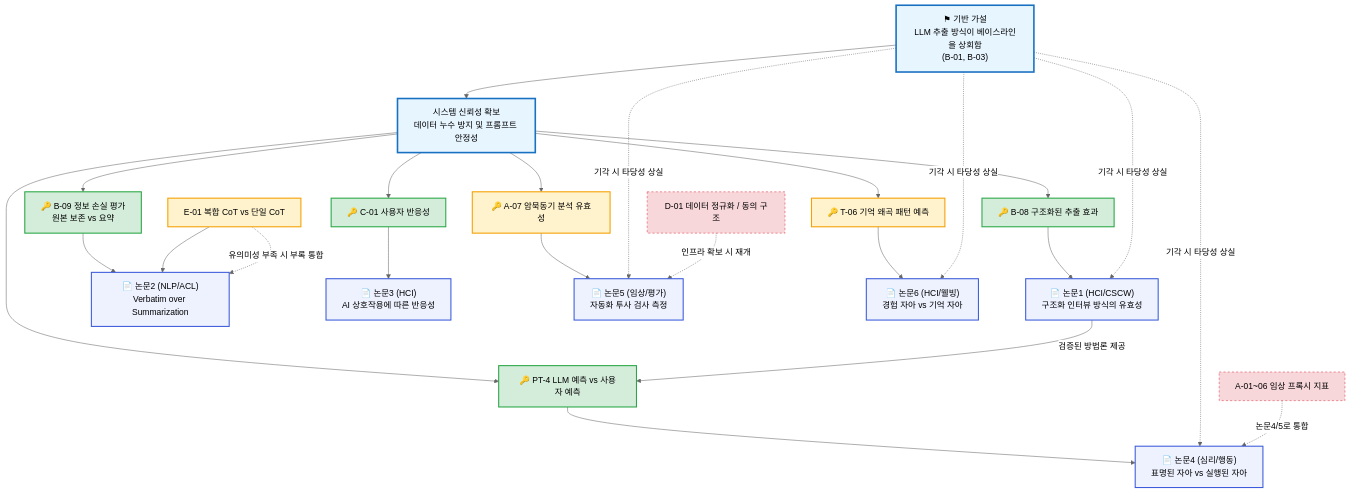
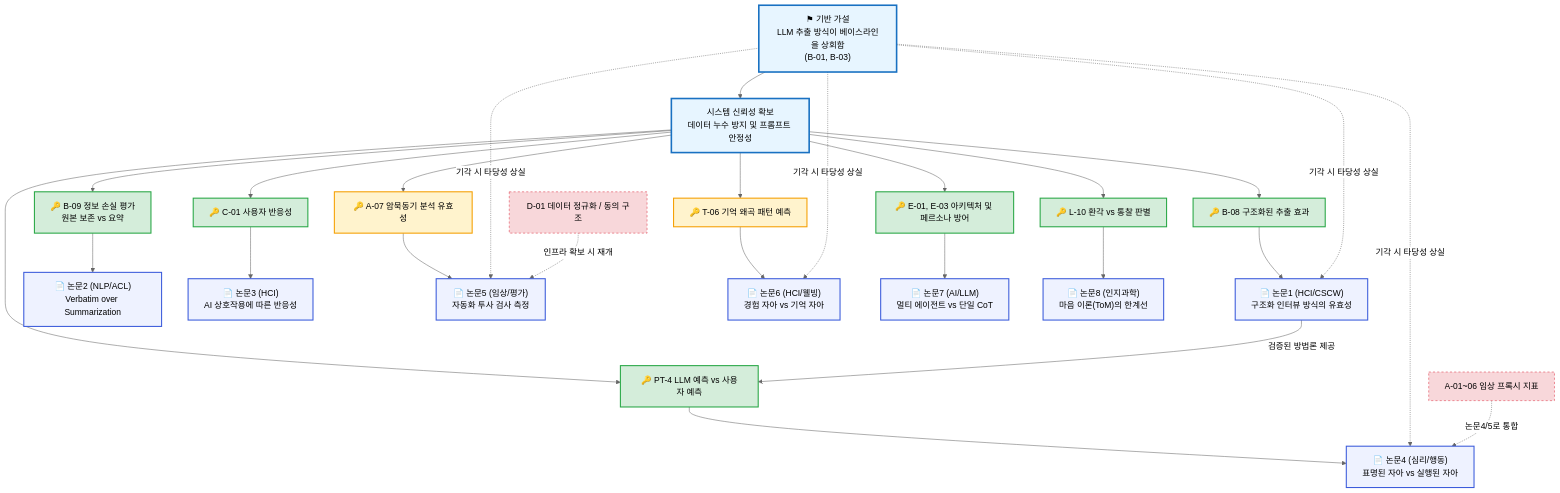
Before and after one commit to YiTanJang/extracting-the-human-mind: the diagram in 논문 전략.md, drawn with Mermaid (neutral theme). The commit also changed other lines of this file, not shown here.

````diff
--- a/논문 전략.md
+++ b/논문 전략.md
@@ -27,39 +27,41 @@
 ```mermaid
 graph TD
     classDef paper fill:#eef2ff,stroke:#3b5bdb,stroke-width:2px;
     classDef key fill:#d4edda,stroke:#28a745,stroke-width:2px;
     classDef risky fill:#fff3cd,stroke:#f59f00,stroke-width:2px;
     classDef null fill:#f8d7da,stroke:#dc3545,stroke-width:1px,stroke-dasharray: 4 4;
     classDef root fill:#e7f5ff,stroke:#1971c2,stroke-width:3px;
 
     R0["⚑ 기반 가설<br/>LLM 추출 방식이 베이스라인을 상회함<br/>(B-01, B-03)"]:::root
     FND["시스템 신뢰성 확보<br/>데이터 누수 방지 및 프롬프트 안정성"]:::root
     R0 --> FND
 
     %% 주요 연구
     K1["🔑 B-08 구조화된 추출 효과"]:::key --> P1["📄 논문1 (HCI/CSCW)<br/>구조화 인터뷰 방식의 유효성"]:::paper
     K2["🔑 B-09 정보 손실 평가<br/>원본 보존 vs 요약"]:::key --> P2["📄 논문2 (NLP/ACL)<br/>Verbatim over Summarization"]:::paper
 
     %% 독립 연구
     K3["🔑 C-01 사용자 반응성"]:::key --> P3["📄 논문3 (HCI)<br/>AI 상호작용에 따른 반응성"]:::paper
 
     %% 후속 연구 (기반 가설 의존)
     K4["🔑 PT-4 LLM 예측 vs 사용자 예측"]:::key --> P4["📄 논문4 (심리/행동)<br/>표명된 자아 vs 실행된 자아"]:::paper
     K5["🔑 A-07 암묵동기 분석 유효성"]:::risky --> P5["📄 논문5 (임상/평가)<br/>자동화 투사 검사 측정"]:::paper
     K6["🔑 T-06 기억 왜곡 패턴 예측"]:::risky --> P6["📄 논문6 (HCI/웰빙)<br/>경험 자아 vs 기억 자아"]:::paper
 
+    %% 신규 연구 (엔지니어링/인지과학)
+    K7["🔑 E-01, E-03 아키텍처 및 페르소나 방어"]:::key --> P7["📄 논문7 (AI/LLM)<br/>멀티 에이전트 vs 단일 CoT"]:::paper
+    K8["🔑 L-10 환각 vs 통찰 판별"]:::key --> P8["📄 논문8 (인지과학)<br/>마음 이론(ToM)의 한계선"]:::paper
+
     %% 보류/통합 대상
-    KE["E-01 복합 CoT vs 단일 CoT"]:::risky --> P2
-    KE -.->|유의미성 부족 시 부록 통합| P2
     D01["D-01 데이터 정규화 / 동의 구조"]:::null
     CL["A-01~06 임상 프록시 지표"]:::null
 
-    FND --> K1 & K2 & K3 & K4 & K5 & K6
+    FND --> K1 & K2 & K3 & K4 & K5 & K6 & K7 & K8
     R0 -.->|기각 시 타당성 상실| P1
     R0 -.->|기각 시 타당성 상실| P4
     R0 -.->|기각 시 타당성 상실| P5
     R0 -.->|기각 시 타당성 상실| P6
     P1 -->|검증된 방법론 제공| K4
     CL -.->|논문4/5로 통합| P4
     D01 -.->|인프라 확보 시 재개| P5
 ```
````
